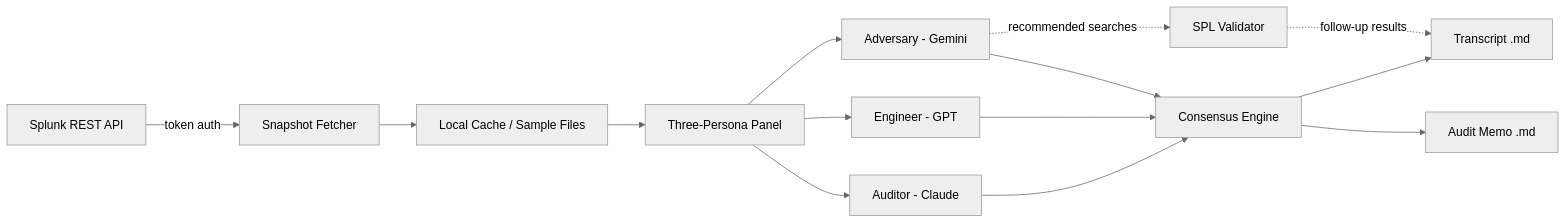
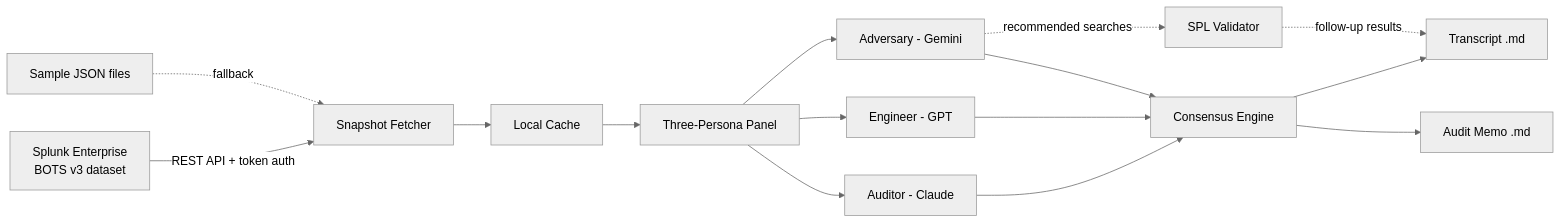
The diagram in README.md (sandhipveera/audit-evidence-compiler), drawn with Mermaid (neutral theme) before and after one commit. The commit also changed other lines of this file and 3 other files, not shown here.

First line of the commit message:
docs: BOTS v3 runbook, architecture updated for live Splunk default

````diff
--- a/README.md
+++ b/README.md
@@ -39,16 +39,17 @@
 ```mermaid
 graph LR
-    A[Splunk REST API] -->|token auth| B[Snapshot Fetcher]
-    B --> C[Local Cache / Sample Files]
+    A[Splunk Enterprise<br/>BOTS v3 dataset] -->|REST API + token auth| B[Snapshot Fetcher]
+    A2[Sample JSON files] -.->|fallback| B
+    B --> C[Local Cache]
     C --> D[Three-Persona Panel]
     D --> E[Auditor - Claude]
     D --> F[Engineer - GPT]
     D --> G[Adversary - Gemini]
     E --> H[Consensus Engine]
     F --> H
     G --> H
     H --> I[Transcript .md]
     H --> J[Audit Memo .md]
     G -.->|recommended searches| K[SPL Validator]
     K -.->|follow-up results| I
 ```
````
